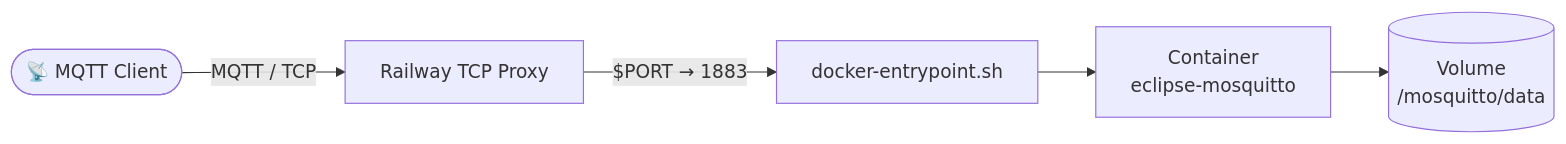
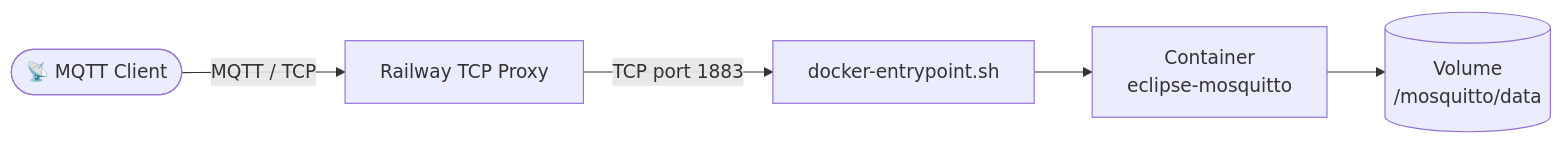
Before and after one commit to vergissberlin/railwayapp-mqtt: the diagram in README.md, drawn with Mermaid. The commit also changed other lines of this file and 5 other files, not shown here.

````diff
--- a/README.md
+++ b/README.md
@@ -19,7 +19,7 @@
 ```mermaid
 flowchart LR
     Client(["📡 MQTT Client"]) -->|"MQTT / TCP"| Proxy["Railway TCP Proxy"]
-    Proxy -->|"$PORT → 1883"| Entry["docker-entrypoint.sh"]
+    Proxy -->|"TCP port 1883"| Entry["docker-entrypoint.sh"]
     Entry --> App["Container\neclipse-mosquitto"]
     App --> Volume[("Volume\n/mosquitto/data")]
 ```
````
